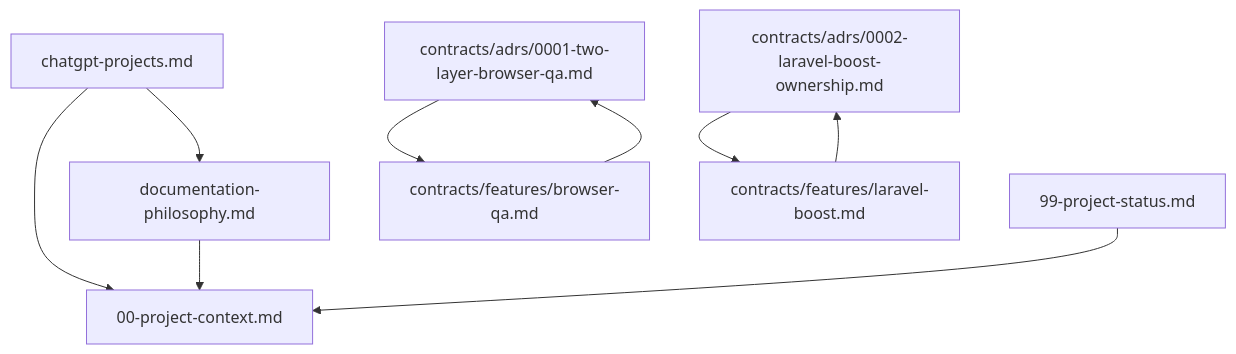
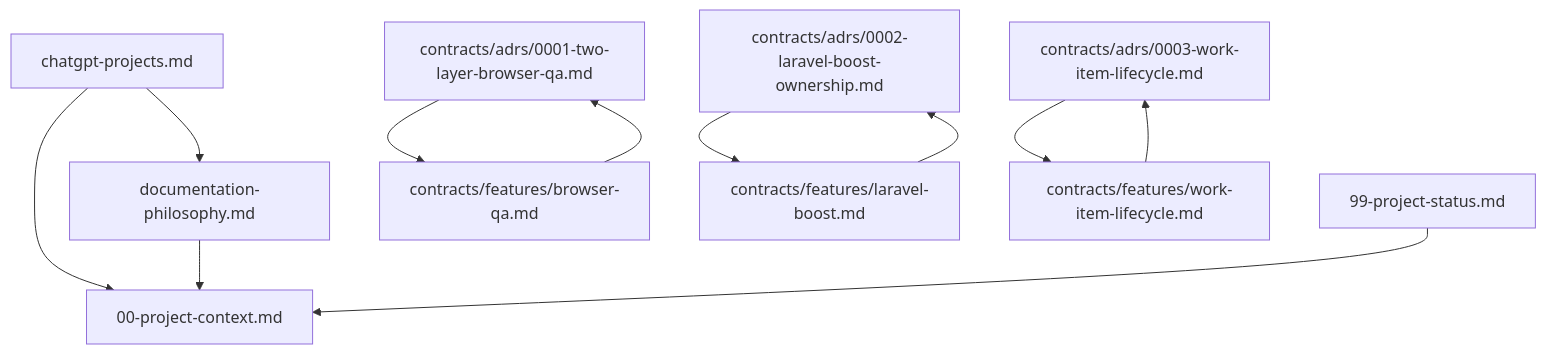
Before and after one commit to ConlinJoe/ai-platform: the diagram in docs/README.md, drawn with Mermaid. The commit also changed other lines of this file and 21 other files, not shown here.

````diff
--- a/docs/README.md
+++ b/docs/README.md
@@ -27,20 +29,24 @@
 ```mermaid
 flowchart TD
   context[00-project-context.md]
   status[99-project-status.md]
   philosophy[documentation-philosophy.md]
   chatgpt[chatgpt-projects.md]
   browserAdr[contracts/adrs/0001-two-layer-browser-qa.md]
   boostAdr[contracts/adrs/0002-laravel-boost-ownership.md]
+  workAdr[contracts/adrs/0003-work-item-lifecycle.md]
   browserQa[contracts/features/browser-qa.md]
   boost[contracts/features/laravel-boost.md]
+  workItems[contracts/features/work-item-lifecycle.md]
 
   chatgpt --> philosophy
   chatgpt --> context
   philosophy --> context
   status --> context
   browserAdr --> browserQa
   boostAdr --> boost
+  workAdr --> workItems
   browserQa --> browserAdr
   boost --> boostAdr
+  workItems --> workAdr
 ```
````
